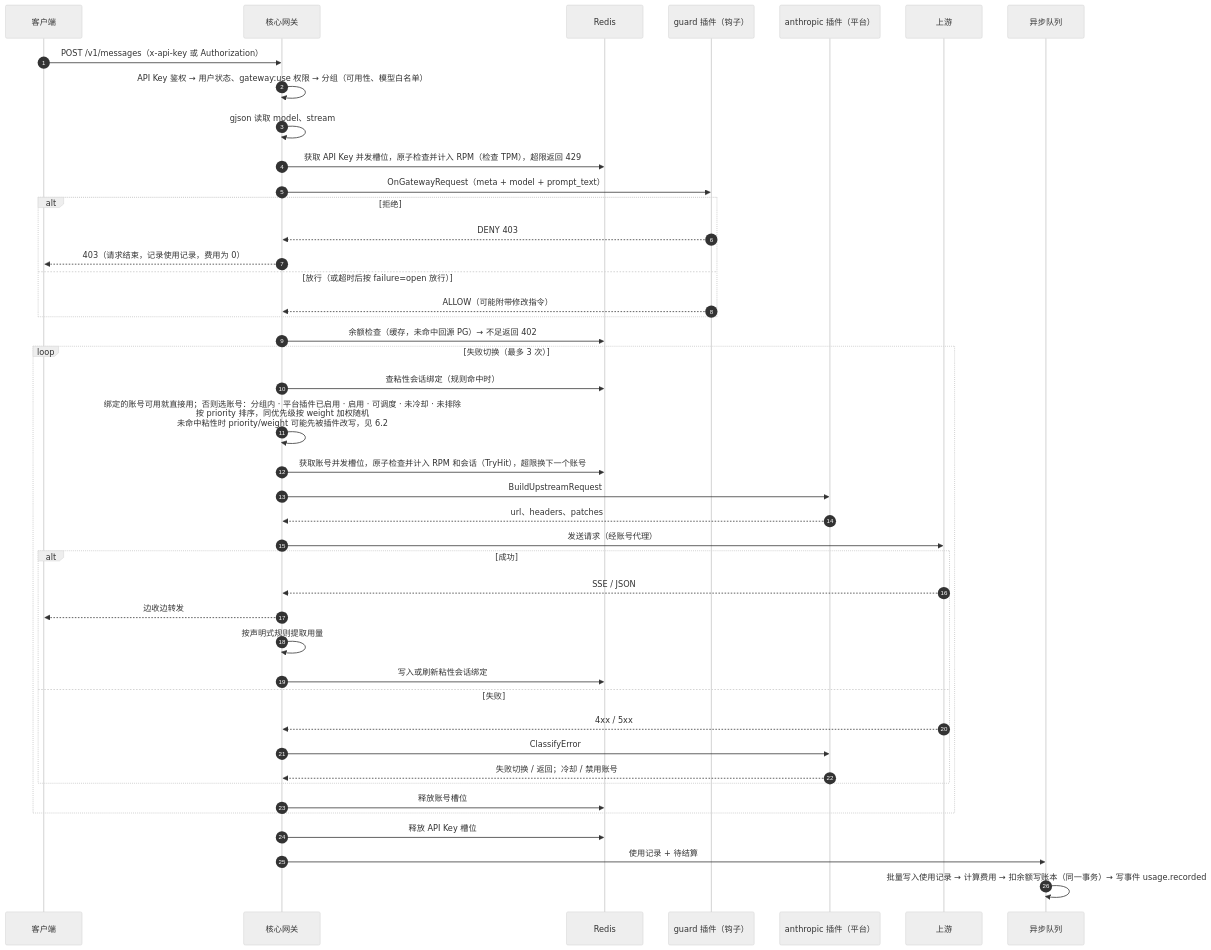
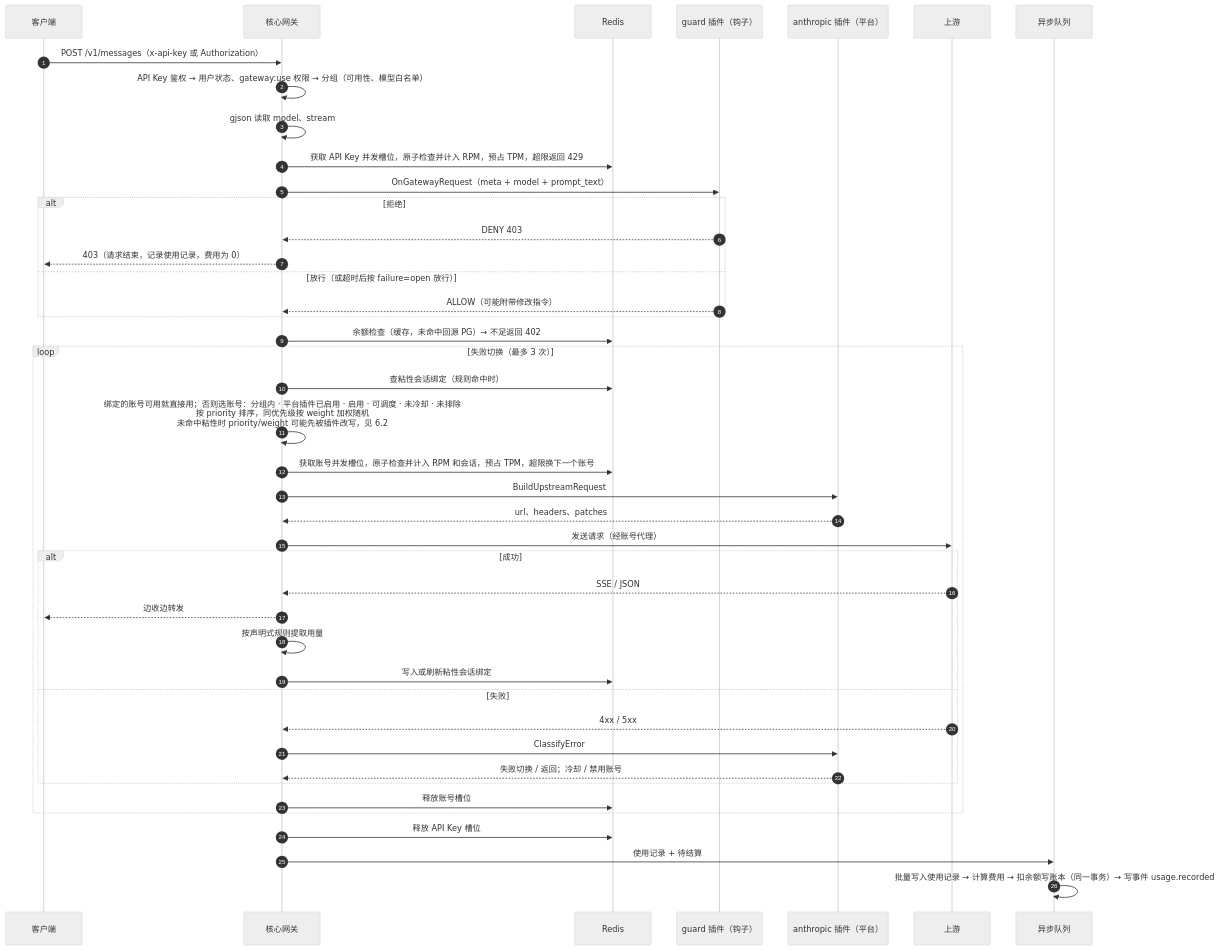
Before and after one commit to Sub2API-Devs/sup2api: the eighth of 18 diagrams in next/docs/ARCHITECTURE.md, drawn with Mermaid (neutral theme). The commit also changed other lines of this file and 21 other files, not shown here.

First line of the commit message:
feat(next/gateway): count RPM and TPM over the exact last 60 seconds and reserve tokens, as new-api does

````diff
--- a/next/docs/ARCHITECTURE.md
+++ b/next/docs/ARCHITECTURE.md
@@ -684,46 +684,46 @@
 ```mermaid
 sequenceDiagram
   autonumber
   participant C as 客户端
   participant GW as 核心网关
   participant R as Redis
   participant H as guard 插件（钩子）
   participant P as anthropic 插件（平台）
   participant U as 上游
   participant Q as 异步队列
 
   C->>GW: POST /v1/messages（x-api-key 或 Authorization）
   GW->>GW: API Key 鉴权 → 用户状态、gateway:use 权限 → 分组（可用性、模型白名单）
   GW->>GW: gjson 读取 model、stream
-  GW->>R: 获取 API Key 并发槽位，原子检查并计入 RPM（检查 TPM），超限返回 429
+  GW->>R: 获取 API Key 并发槽位，原子检查并计入 RPM，预占 TPM，超限返回 429
   GW->>H: OnGatewayRequest（meta + model + prompt_text）
   alt 拒绝
     H-->>GW: DENY 403
     GW-->>C: 403（请求结束，记录使用记录，费用为 0）
   else 放行（或超时后按 failure=open 放行）
     H-->>GW: ALLOW（可能附带修改指令）
   end
   GW->>R: 余额检查（缓存，未命中回源 PG）→ 不足返回 402
   loop 失败切换（最多 3 次）
     GW->>R: 查粘性会话绑定（规则命中时）
     GW->>GW: 绑定的账号可用就直接用；否则选账号：分组内 · 平台插件已启用 · 启用 · 可调度 · 未冷却 · 未排除<br/>按 priority 排序，同优先级按 weight 加权随机<br/>未命中粘性时 priority/weight 可能先被插件改写，见 6.2
-    GW->>R: 获取账号并发槽位，原子检查并计入 RPM 和会话（TryHit），超限换下一个账号
+    GW->>R: 获取账号并发槽位，原子检查并计入 RPM 和会话，预占 TPM，超限换下一个账号
     GW->>P: BuildUpstreamRequest
     P-->>GW: url、headers、patches
     GW->>U: 发送请求（经账号代理）
     alt 成功
       U-->>GW: SSE / JSON
       GW-->>C: 边收边转发
       GW->>GW: 按声明式规则提取用量
       GW->>R: 写入或刷新粘性会话绑定
     else 失败
       U-->>GW: 4xx / 5xx
       GW->>P: ClassifyError
       P-->>GW: 失败切换 / 返回；冷却 / 禁用账号
     end
     GW->>R: 释放账号槽位
   end
   GW->>R: 释放 API Key 槽位
   GW->>Q: 使用记录 + 待结算
   Q->>Q: 批量写入使用记录 → 计算费用 → 扣余额写账本（同一事务）→ 写事件 usage.recorded
 ```
````
